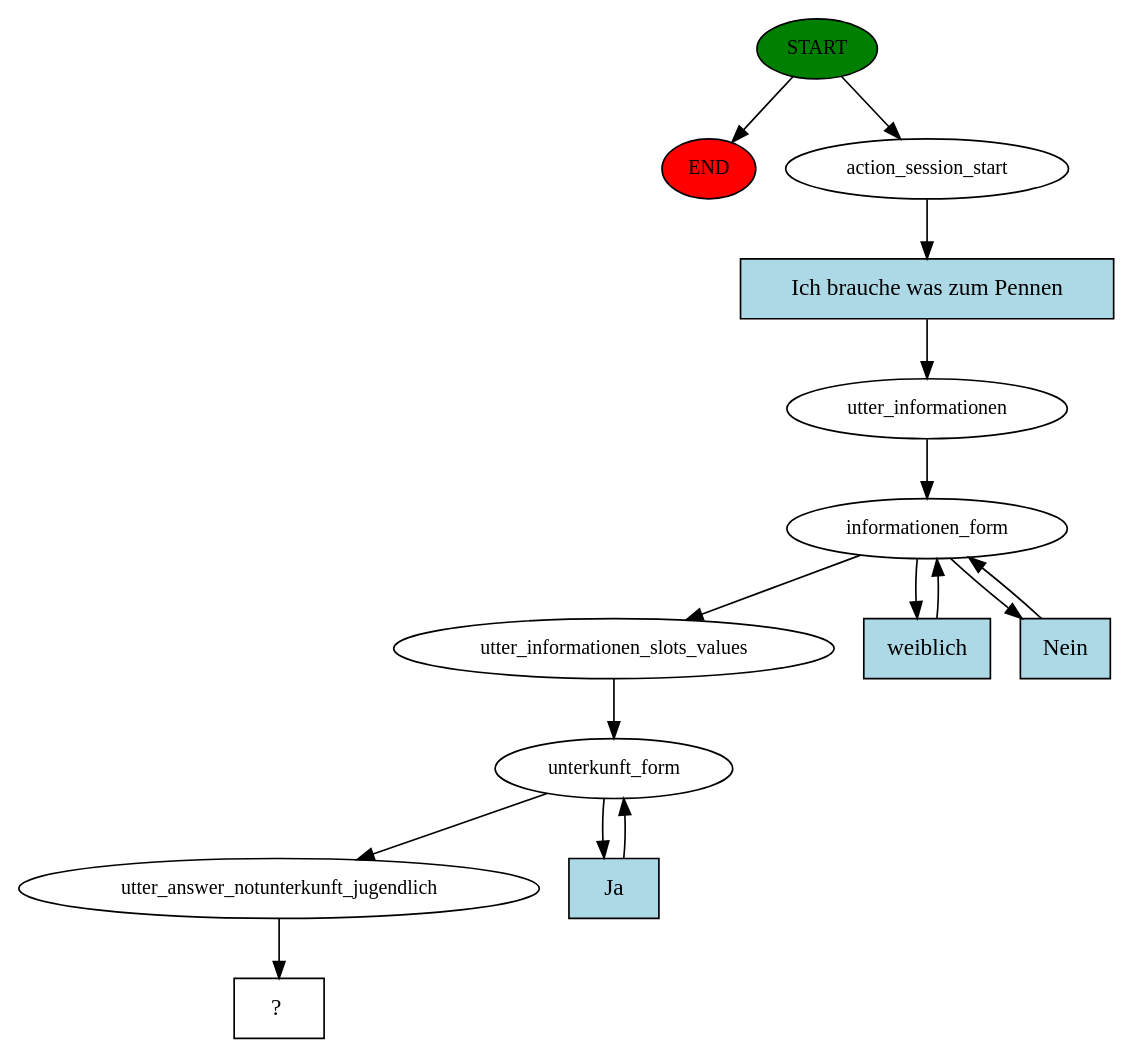
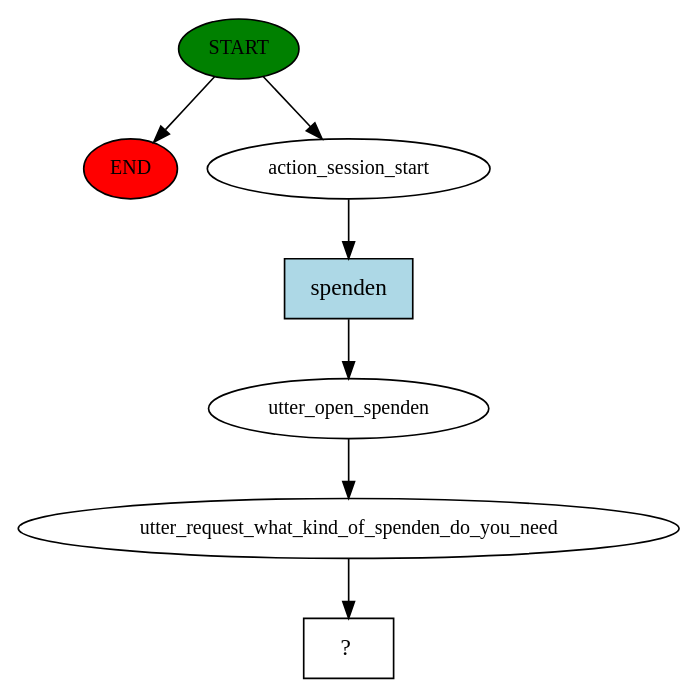
The diagram in story_graph.dot (Schlaue-Lise-IT-Project/schlaue-lise), drawn with Graphviz before and after one commit. The commit also changed 7 other files, not shown here.

```diff
--- a/story_graph.dot
+++ b/story_graph.dot
@@ -1,30 +1,15 @@
 digraph  {
 0 [class="start active", fillcolor=green, fontsize=12, label=START, style=filled];
 "-1" [class=end, fillcolor=red, fontsize=12, label=END, style=filled];
 1 [class=active, fontsize=12, label=action_session_start];
-2 [class=active, fontsize=12, label=utter_informationen];
-3 [class=active, fontsize=12, label=informationen_form];
-8 [class=active, fontsize=12, label=utter_informationen_slots_values];
-9 [class=active, fontsize=12, label=unterkunft_form];
-11 [class=active, fontsize=12, label=utter_answer_notunterkunft_jugendlich];
-12 [class="intent dashed active", label="  ?  ", shape=rect];
-13 [class="intent active", fillcolor=lightblue, label="Ich brauche was zum Pennen", shape=rect, style=filled];
-14 [class="intent active", fillcolor=lightblue, label=weiblich, shape=rect, style=filled];
-15 [class="intent active", fillcolor=lightblue, label=Nein, shape=rect, style=filled];
-16 [class="intent active", fillcolor=lightblue, label=Ja, shape=rect, style=filled];
+2 [class=active, fontsize=12, label=utter_open_spenden];
+3 [class=active, fontsize=12, label=utter_request_what_kind_of_spenden_do_you_need];
+4 [class="intent dashed active", label="  ?  ", shape=rect];
+5 [class="intent active", fillcolor=lightblue, label=spenden, shape=rect, style=filled];
 0 -> "-1"  [class="", key=NONE, label=""];
 0 -> 1  [class=active, key=NONE, label=""];
-1 -> 13  [class=active, key=0];
+1 -> 5  [class=active, key=0];
 2 -> 3  [class=active, key=NONE, label=""];
-3 -> 8  [class=active, key=NONE, label=""];
-3 -> 14  [class=active, key=0];
-3 -> 15  [class=active, key=0];
-8 -> 9  [class=active, key=NONE, label=""];
-9 -> 11  [class=active, key=NONE, label=""];
-9 -> 16  [class=active, key=0];
-11 -> 12  [class=active, key=NONE, label=""];
-13 -> 2  [class=active, key=0];
-14 -> 3  [class=active, key=0];
-15 -> 3  [class=active, key=0];
-16 -> 9  [class=active, key=0];
+3 -> 4  [class=active, key=NONE, label=""];
+5 -> 2  [class=active, key=0];
 }
```
